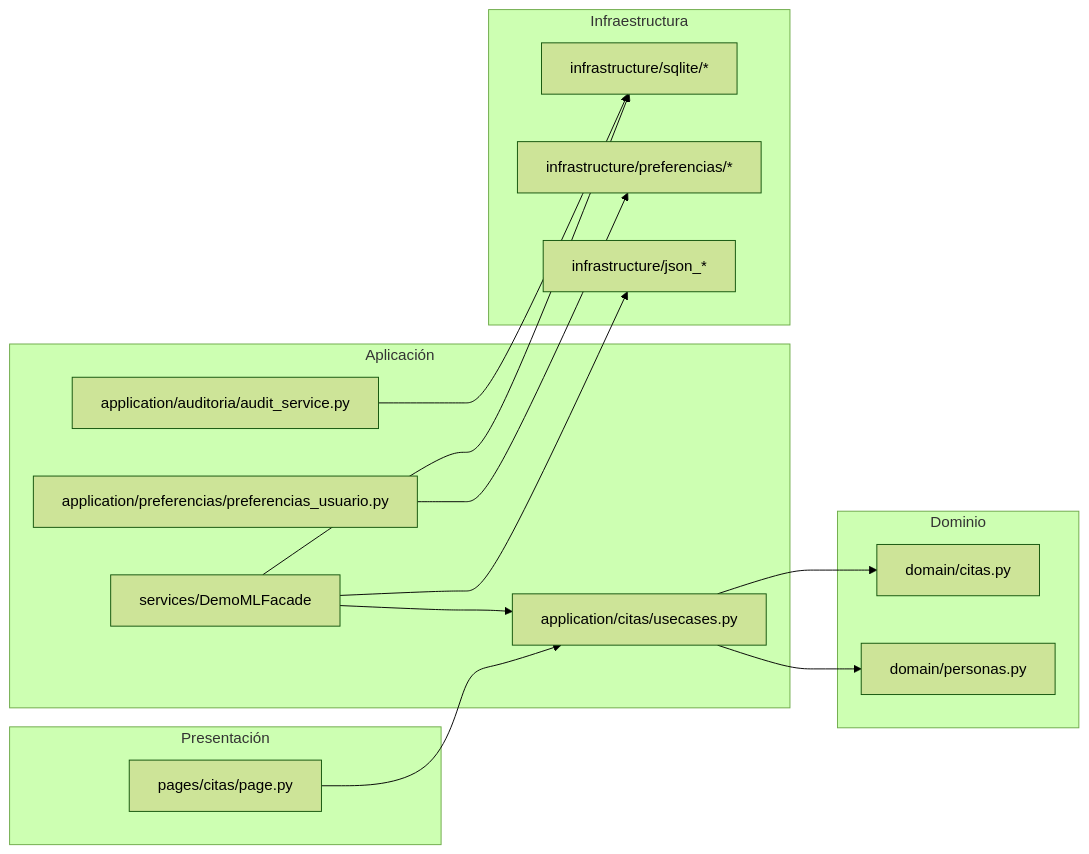
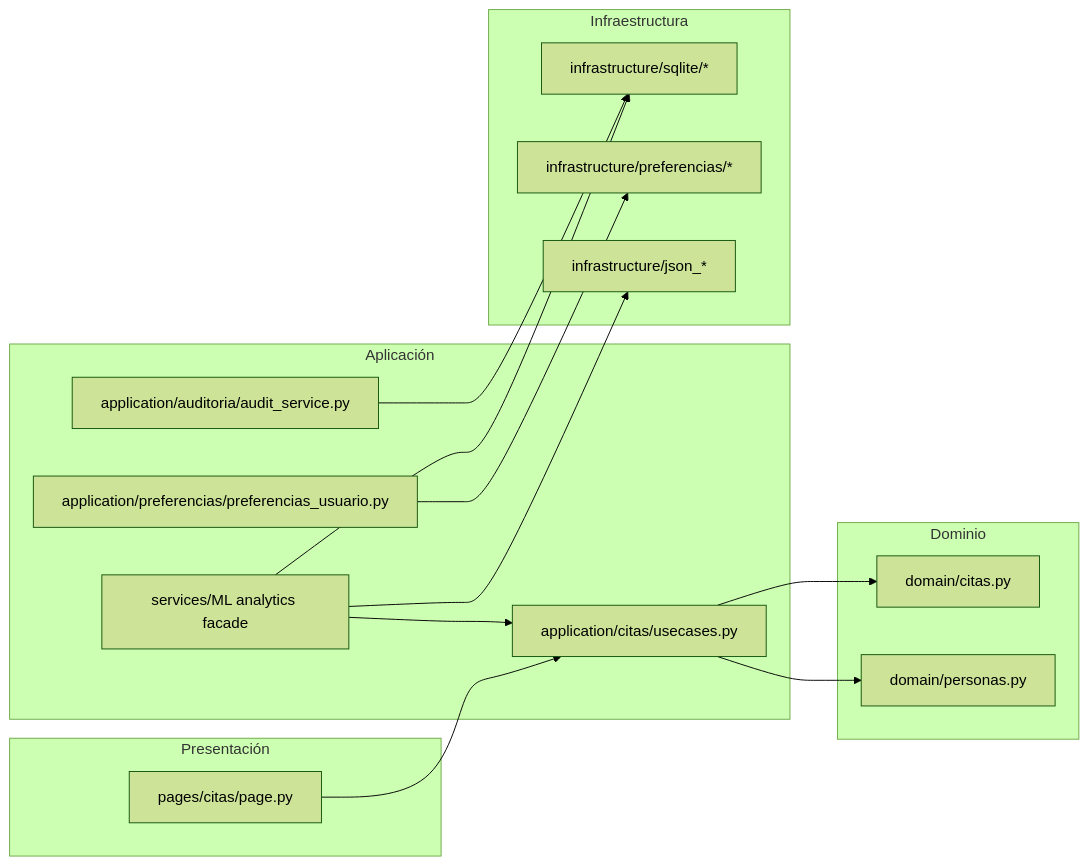
Before and after one commit to carlos-arcas/clinicdesk: the third of 3 diagrams in docs/arquitectura_c4.md, drawn with Mermaid (forest theme). The commit also changed 12 other files, not shown here.

````diff
--- a/docs/arquitectura_c4.md
+++ b/docs/arquitectura_c4.md
@@ -47,33 +47,33 @@
 ```mermaid
 flowchart LR
     subgraph presentacion[Presentación]
                 pageCitas[pages/citas/page.py]
     end
 
     subgraph aplicacion[Aplicación]
-        facadeDemo[services/DemoMLFacade]
+        fachadaAnalitica[services/ML analytics facade]
         ucCitas[application/citas/usecases.py]
         auditService[application/auditoria/audit_service.py]
         prefsService[application/preferencias/preferencias_usuario.py]
     end
 
     subgraph infraestructura[Infraestructura]
         repoSqlite[infrastructure/sqlite/*]
         repoPrefs[infrastructure/preferencias/*]
         outJson[infrastructure/json_*]
     end
 
     subgraph dominio[Dominio]
         domCitas[domain/citas.py]
         domPersonas[domain/personas.py]
     end
 
     pageCitas --> ucCitas
-    facadeDemo --> ucCitas
+    fachadaAnalitica --> ucCitas
     ucCitas --> domCitas
     ucCitas --> domPersonas
-    facadeDemo --> repoSqlite
+    fachadaAnalitica --> repoSqlite
     auditService --> repoSqlite
     prefsService --> repoPrefs
-    facadeDemo --> outJson
+    fachadaAnalitica --> outJson
 ```
````
